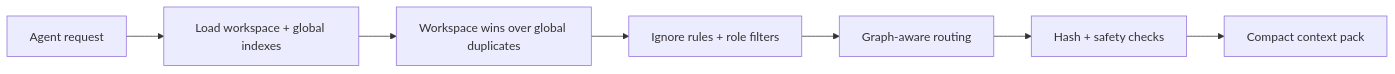
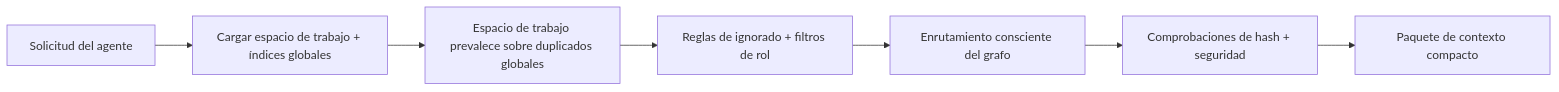
One commit to the-long-ride/engram changed the diagram in website/i18n/es/docusaurus-plugin-content-docs/version-0.0.28/concepts/read-path.md. Above: the diagram before and after it, drawn with Mermaid. The commit also changed other lines of this file and 693 other files, not shown here.

````diff
--- a/website/i18n/es/docusaurus-plugin-content-docs/version-0.0.28/concepts/read-path.md
+++ b/website/i18n/es/docusaurus-plugin-content-docs/version-0.0.28/concepts/read-path.md
@@ -44,9 +44,9 @@
 ```mermaid
 flowchart LR
-  A[Agent request] --> B[Load workspace + global indexes]
-  B --> C[Workspace wins over global duplicates]
-  C --> D[Ignore rules + role filters]
-  D --> E[Graph-aware routing]
-  E --> F[Hash + safety checks]
-  F --> G[Compact context pack]
+  A[Solicitud del agente] --> B[Cargar espacio de trabajo + índices globales]
+  B --> C[Espacio de trabajo prevalece sobre duplicados globales]
+  C --> D[Reglas de ignorado + filtros de rol]
+  D --> E[Enrutamiento consciente del grafo]
+  E --> F[Comprobaciones de hash + seguridad]
+  F --> G[Paquete de contexto compacto]
 ```
````
